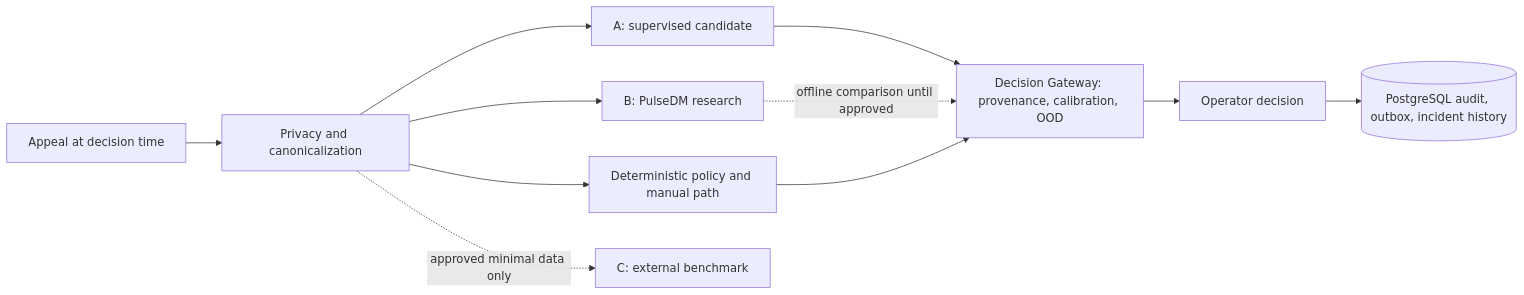
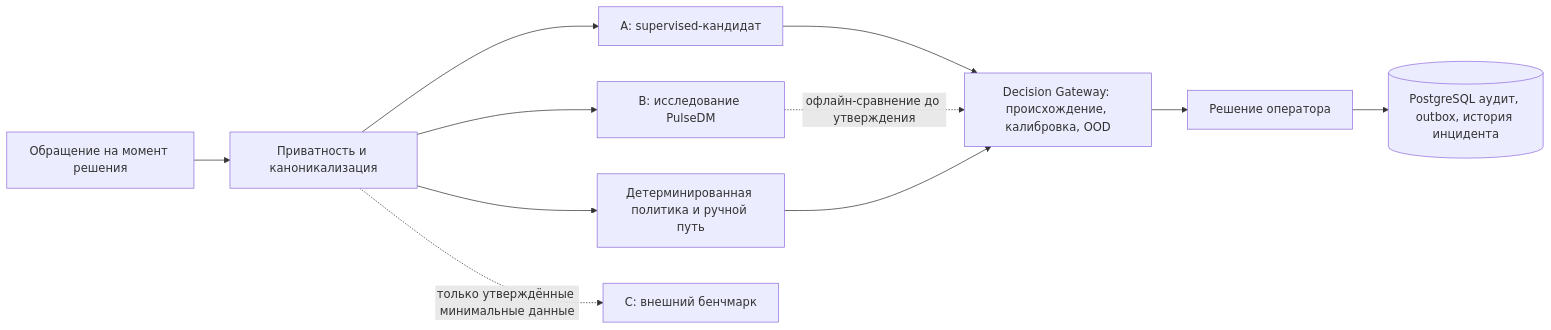
One commit to BAITC-Hacks/hack-803e2c8f-baash changed the diagram in docs/ml/MODEL_STRATEGY.md. Above: the diagram before and after it, drawn with Mermaid. The commit also changed other lines of this file and 264 other files, not shown here.

````diff
--- a/docs/ml/MODEL_STRATEGY.md
+++ b/docs/ml/MODEL_STRATEGY.md
@@ -15,13 +17,13 @@
 ```mermaid
 flowchart LR
-    Appeal[Appeal at decision time] --> Privacy[Privacy and canonicalization]
-    Privacy --> Rules[Deterministic policy and manual path]
-    Privacy --> A[A: supervised candidate]
-    Privacy --> B[B: PulseDM research]
-    Privacy -. approved minimal data only .-> C[C: external benchmark]
-    A --> Gateway[Decision Gateway: provenance, calibration, OOD]
-    B -. offline comparison until approved .-> Gateway
+    Appeal[Обращение на момент решения] --> Privacy[Приватность и каноникализация]
+    Privacy --> Rules[Детерминированная политика и ручной путь]
+    Privacy --> A[A: supervised-кандидат]
+    Privacy --> B[B: исследование PulseDM]
+    Privacy -. только утверждённые минимальные данные .-> C[C: внешний бенчмарк]
+    A --> Gateway[Decision Gateway: происхождение, калибровка, OOD]
+    B -. офлайн-сравнение до утверждения .-> Gateway
     Rules --> Gateway
-    Gateway --> Human[Operator decision]
-    Human --> Durable[(PostgreSQL audit, outbox, incident history)]
+    Gateway --> Human[Решение оператора]
+    Human --> Durable[(PostgreSQL аудит, outbox, история инцидента)]
 ```
````
